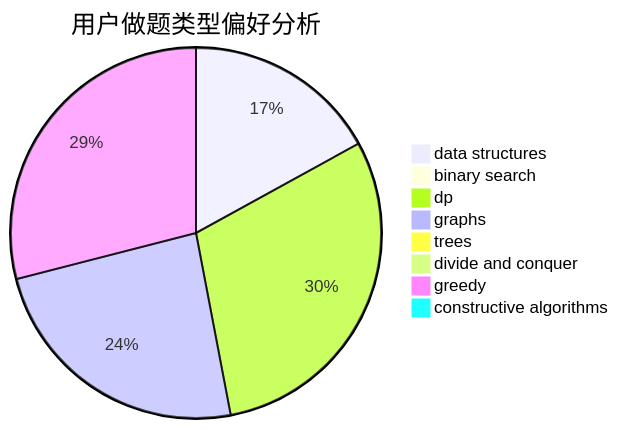
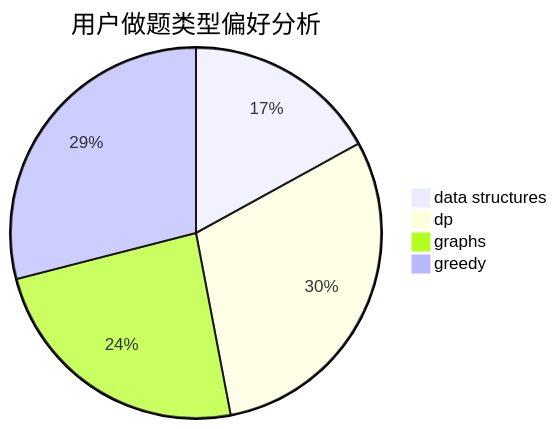
The second of 3 diagrams in docs/user/u151.md (sherpahu/cfrs.github.io), drawn with Mermaid before and after one commit. The commit also changed other lines of this file and 2770 other files, not shown here.

````diff
--- a/docs/user/u151.md
+++ b/docs/user/u151.md
@@ -18,11 +16,7 @@
 ```mermaid
 pie title 用户做题类型偏好分析
     "data structures" :  17
-    "binary search" :  0
     "dp" :  30
     "graphs" :  24
-    "trees" :  0
-    "divide and conquer" :  0
     "greedy" :  29
-    "constructive algorithms" :  0
 ```
````
